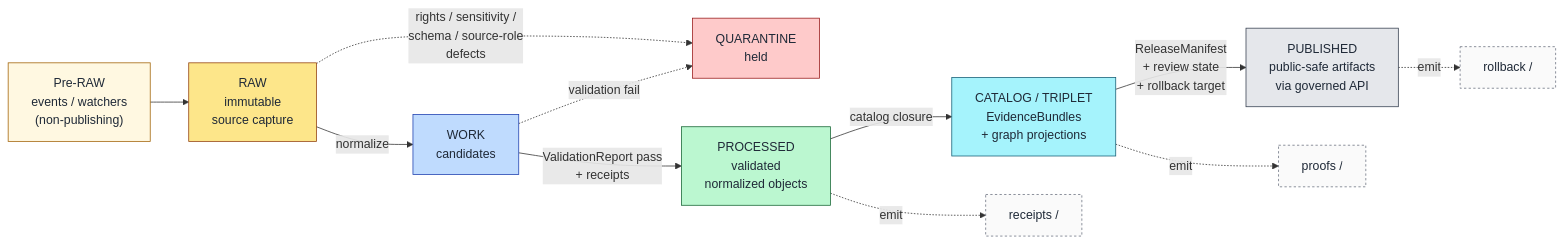
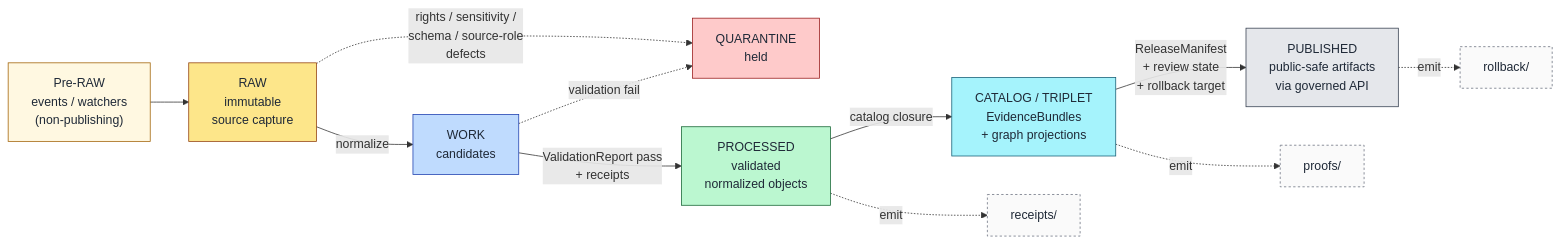
One commit to bartytime4life/Kansas-Frontier-Matrix changed the first of 2 diagrams in docs/domains/flora/DATA_LIFECYCLE.md. Above: the diagram before and after it, drawn with Mermaid. The commit also changed other lines of this file, not shown here.

````diff
--- a/docs/domains/flora/DATA_LIFECYCLE.md
+++ b/docs/domains/flora/DATA_LIFECYCLE.md
@@ -93,32 +108,32 @@
 ```mermaid
 flowchart LR
     PR["Pre-RAW<br/>events / watchers<br/>(non-publishing)"] --> RAW["RAW<br/>immutable<br/>source capture"]
     RAW -->|normalize| WORK["WORK<br/>candidates"]
-    RAW -.->|rights / sensitivity /<br/>schema / source-role<br/>defects| QUAR["QUARANTINE<br/>held"]
+    RAW -.->|"rights / sensitivity /<br/>schema / source-role<br/>defects"| QUAR["QUARANTINE<br/>held"]
     WORK -.->|validation fail| QUAR
-    WORK -->|ValidationReport pass<br/>+ receipts| PROC["PROCESSED<br/>validated<br/>normalized objects"]
+    WORK -->|"ValidationReport pass<br/>+ receipts"| PROC["PROCESSED<br/>validated<br/>normalized objects"]
     PROC -->|catalog closure| CAT["CATALOG / TRIPLET<br/>EvidenceBundles<br/>+ graph projections"]
-    CAT -->|ReleaseManifest<br/>+ review state<br/>+ rollback target| PUB["PUBLISHED<br/>public-safe artifacts<br/>via governed API"]
+    CAT -->|"ReleaseManifest<br/>+ review state<br/>+ rollback target"| PUB["PUBLISHED<br/>public-safe artifacts<br/>via governed API"]
 
-    PROC -.->|emit| REC["receipts /"]
-    CAT  -.->|emit| PRF["proofs /"]
-    PUB  -.->|emit| ROLL["rollback /"]
+    PROC -.->|emit| REC["receipts/"]
+    CAT  -.->|emit| PRF["proofs/"]
+    PUB  -.->|emit| ROLL["rollback/"]
 
     classDef preraw fill:#fff8e1,stroke:#a16207,color:#1f2937
     classDef raw fill:#fde68a,stroke:#92400e,color:#1f2937
     classDef work fill:#bfdbfe,stroke:#1e40af,color:#1f2937
     classDef quar fill:#fecaca,stroke:#991b1b,color:#1f2937
     classDef proc fill:#bbf7d0,stroke:#166534,color:#1f2937
     classDef cat fill:#a5f3fc,stroke:#155e75,color:#1f2937
     classDef pub fill:#e5e7eb,stroke:#374151,color:#1f2937
     classDef side fill:#fafafa,stroke:#6b7280,color:#1f2937,stroke-dasharray:3 3
 
     class PR preraw
     class RAW raw
     class WORK work
     class QUAR quar
     class PROC proc
     class CAT cat
     class PUB pub
     class REC,PRF,ROLL side
 ```
````
